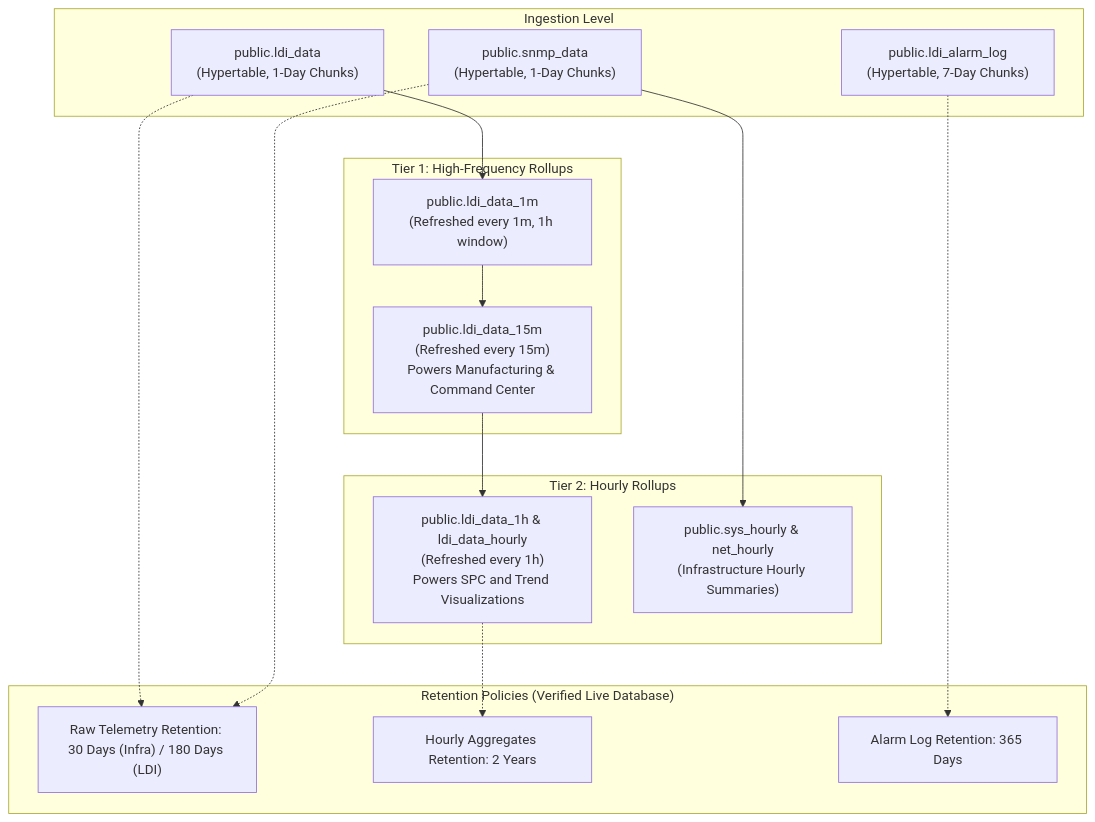
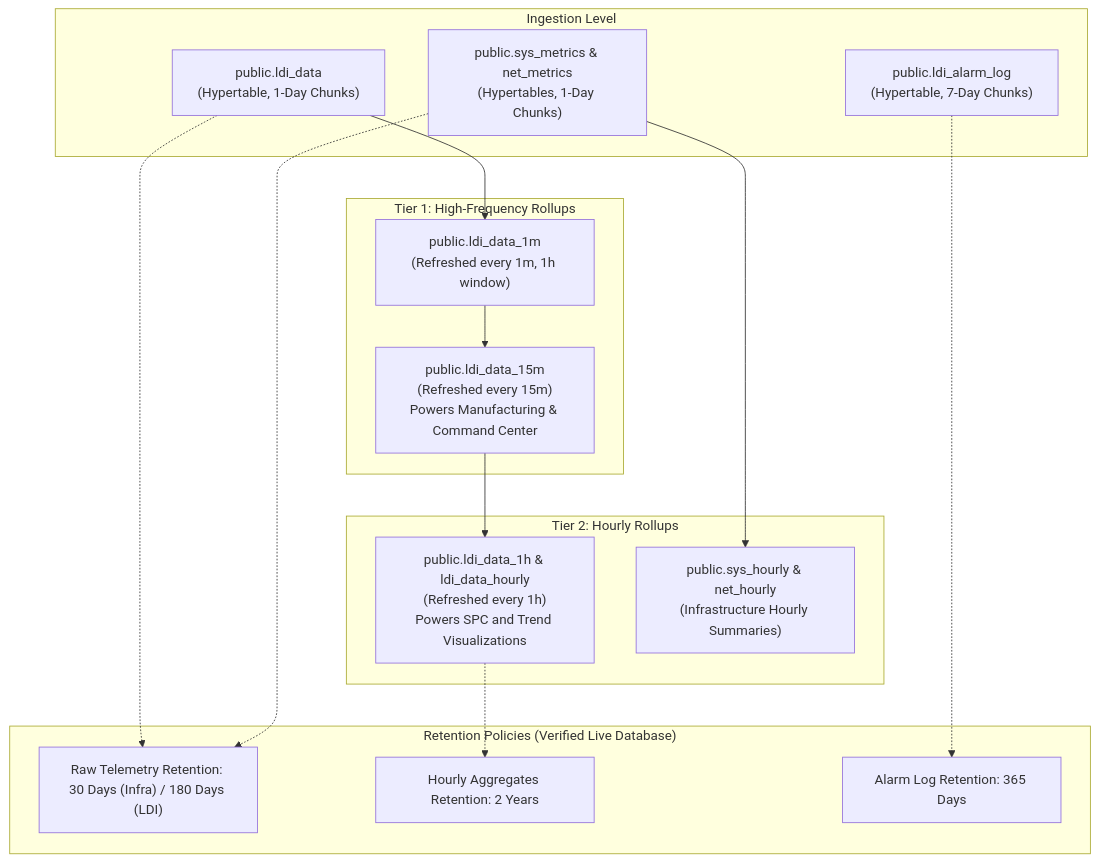
The seventh of 8 diagrams in docs/architecture/ARCHITECTURE_DIAGRAM.md (PATTANAKORN025/IMS), drawn with Mermaid before and after one commit. The commit also changed other lines of this file and 19 other files, not shown here.

First line of the commit message:
docs(architecture): eliminate phantom snmp_data and align diagrams with true schema

````diff
--- a/docs/architecture/ARCHITECTURE_DIAGRAM.md
+++ b/docs/architecture/ARCHITECTURE_DIAGRAM.md
@@ -344,32 +344,32 @@
 ```mermaid
 flowchart TD
   subgraph Ingestion ["Ingestion Level"]
     RAW_LDI["public.ldi_data\n(Hypertable, 1-Day Chunks)"]
-    RAW_INFRA["public.snmp_data\n(Hypertable, 1-Day Chunks)"]
+    RAW_INFRA["public.sys_metrics & net_metrics\n(Hypertables, 1-Day Chunks)"]
     RAW_ALARM["public.ldi_alarm_log\n(Hypertable, 7-Day Chunks)"]
   end
 
   subgraph CAGG_Tier1 ["Tier 1: High-Frequency Rollups"]
     CAGG_1M["public.ldi_data_1m\n(Refreshed every 1m, 1h window)"]
     CAGG_15M["public.ldi_data_15m\n(Refreshed every 15m)\nPowers Manufacturing & Command Center"]
   end
 
   subgraph CAGG_Tier2 ["Tier 2: Hourly Rollups"]
     CAGG_1H["public.ldi_data_1h & ldi_data_hourly\n(Refreshed every 1h)\nPowers SPC and Trend Visualizations"]
     INFRA_HOURLY["public.sys_hourly & net_hourly\n(Infrastructure Hourly Summaries)"]
   end
 
   subgraph Retention ["Retention Policies (Verified Live Database)"]
     RET_RAW["Raw Telemetry Retention: 30 Days (Infra) / 180 Days (LDI)"]
     RET_HOURLY["Hourly Aggregates Retention: 2 Years"]
     RET_ALARM["Alarm Log Retention: 365 Days"]
   end
 
   RAW_LDI --> CAGG_1M --> CAGG_15M --> CAGG_1H
   RAW_INFRA --> INFRA_HOURLY
 
   RAW_LDI -.-> RET_RAW
   RAW_INFRA -.-> RET_RAW
   RAW_ALARM -.-> RET_ALARM
   CAGG_1H -.-> RET_HOURLY
 ```
````
